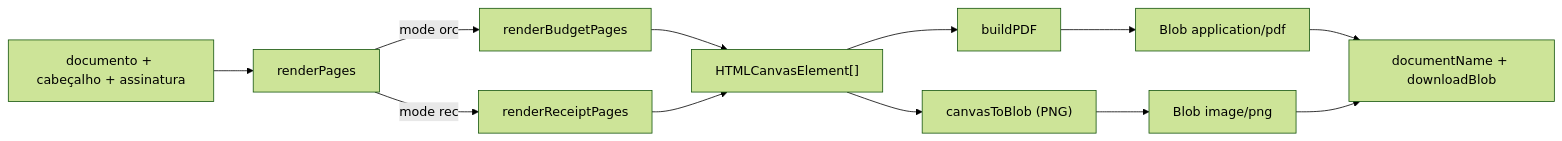
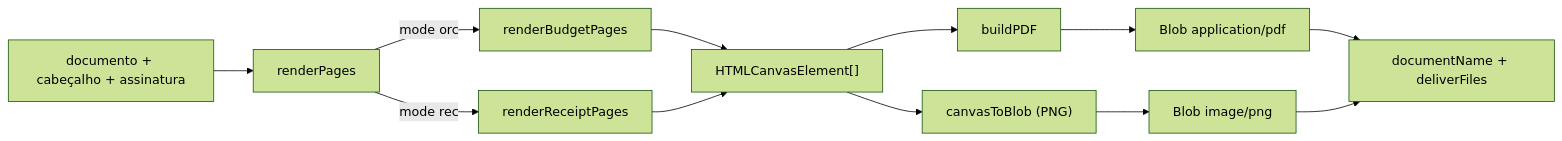
One commit to mariaamelco/site-para-or-amento changed the diagram in docs/DOCUMENT-ENGINE.md. Above: the diagram before and after it, drawn with Mermaid (forest theme). The commit also changed other lines of this file and 32 other files, not shown here.

````diff
--- a/docs/DOCUMENT-ENGINE.md
+++ b/docs/DOCUMENT-ENGINE.md
@@ -37,14 +37,14 @@
 ```mermaid
 flowchart LR
   A["documento + cabeçalho + assinatura"] --> B[renderPages]
   B -->|mode orc| C[renderBudgetPages]
   B -->|mode rec| D[renderReceiptPages]
   C --> E["HTMLCanvasElement[]"]
   D --> E
   E --> F[buildPDF]
   E --> G["canvasToBlob (PNG)"]
   F --> H[Blob application/pdf]
   G --> I[Blob image/png]
-  H --> J[documentName + downloadBlob]
+  H --> J[documentName + deliverFiles]
   I --> J
 ```
````
